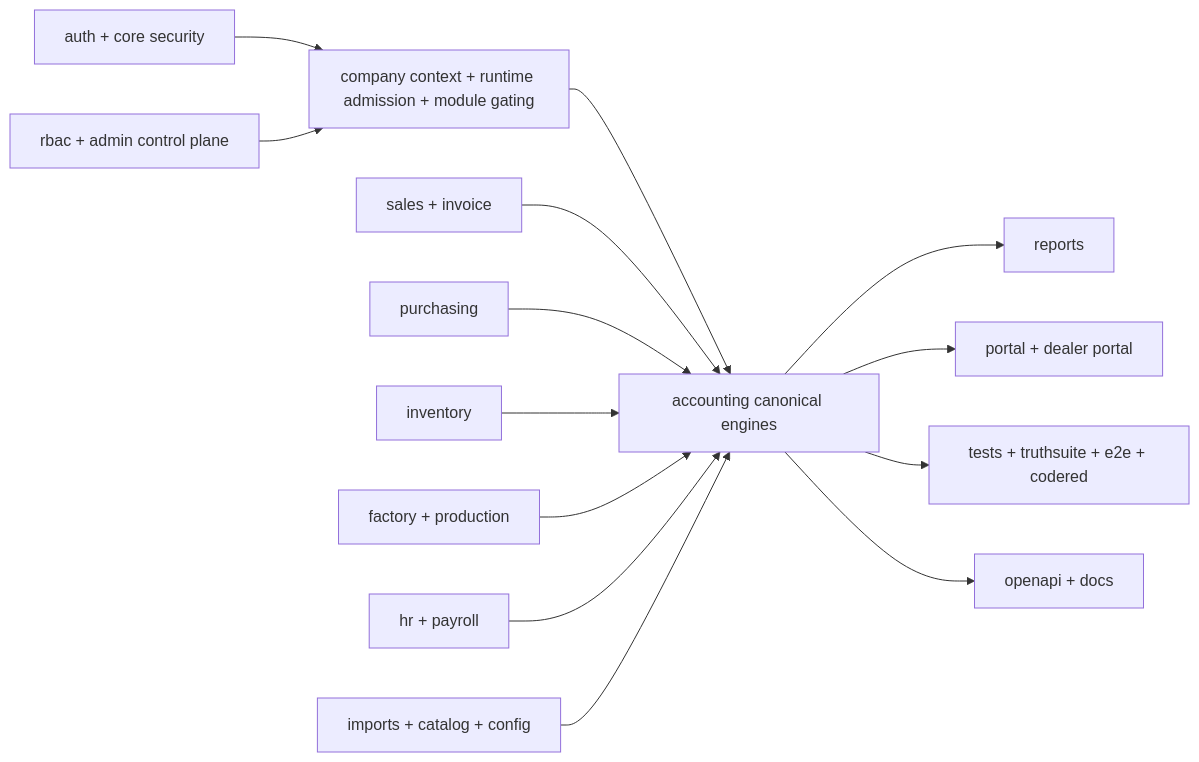
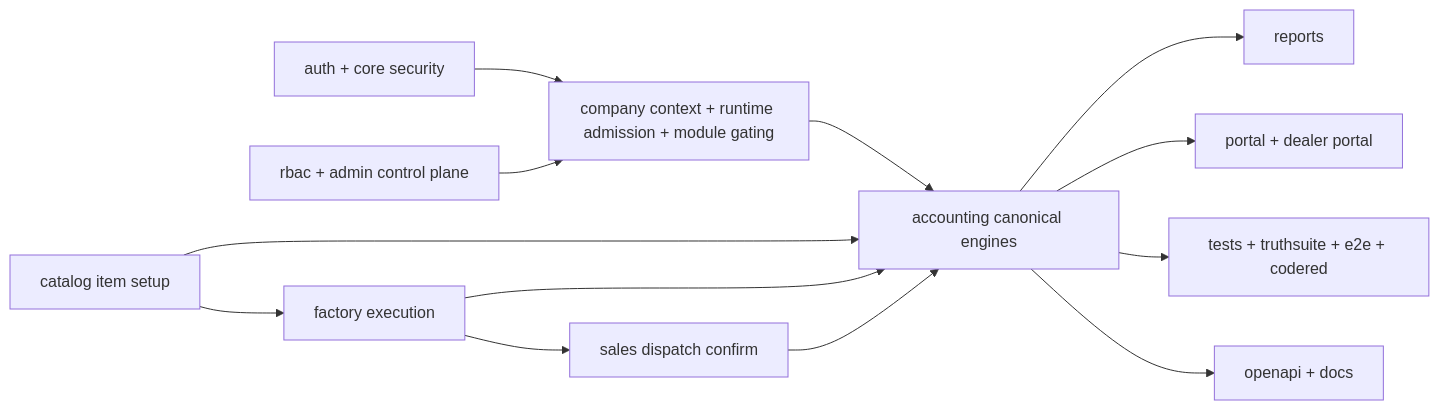
The diagram in docs/developer/accounting-flows/README.md (evilfps/bigbrightpaints-erp), drawn with Mermaid before and after one commit. The commit also changed other lines of this file and 13 other files, not shown here.

Commit message:
docs(factory): align developer packets with canonical item flow

````diff
--- a/docs/developer/accounting-flows/README.md
+++ b/docs/developer/accounting-flows/README.md
@@ -22,18 +14,17 @@
 ```mermaid
 flowchart LR
     AUTH["auth + core security"] --> GATE["company context + runtime admission + module gating"]
     RBAC["rbac + admin control plane"] --> GATE
     GATE --> ACC["accounting canonical engines"]
 
-    SALES["sales + invoice"] --> ACC
-    PUR["purchasing"] --> ACC
-    INV["inventory"] --> ACC
-    FACT["factory + production"] --> ACC
-    HR["hr + payroll"] --> ACC
-    IMP["imports + catalog + config"] --> ACC
+    SETUP["catalog item setup"] --> FACT["factory execution"]
+    FACT --> SALES["sales dispatch confirm"]
+    SETUP --> ACC
+    FACT --> ACC
+    SALES --> ACC
 
     ACC --> REP["reports"]
     ACC --> PORTAL["portal + dealer portal"]
     ACC --> TESTS["tests + truthsuite + e2e + codered"]
     ACC --> DOCS["openapi + docs"]
 ```
````
